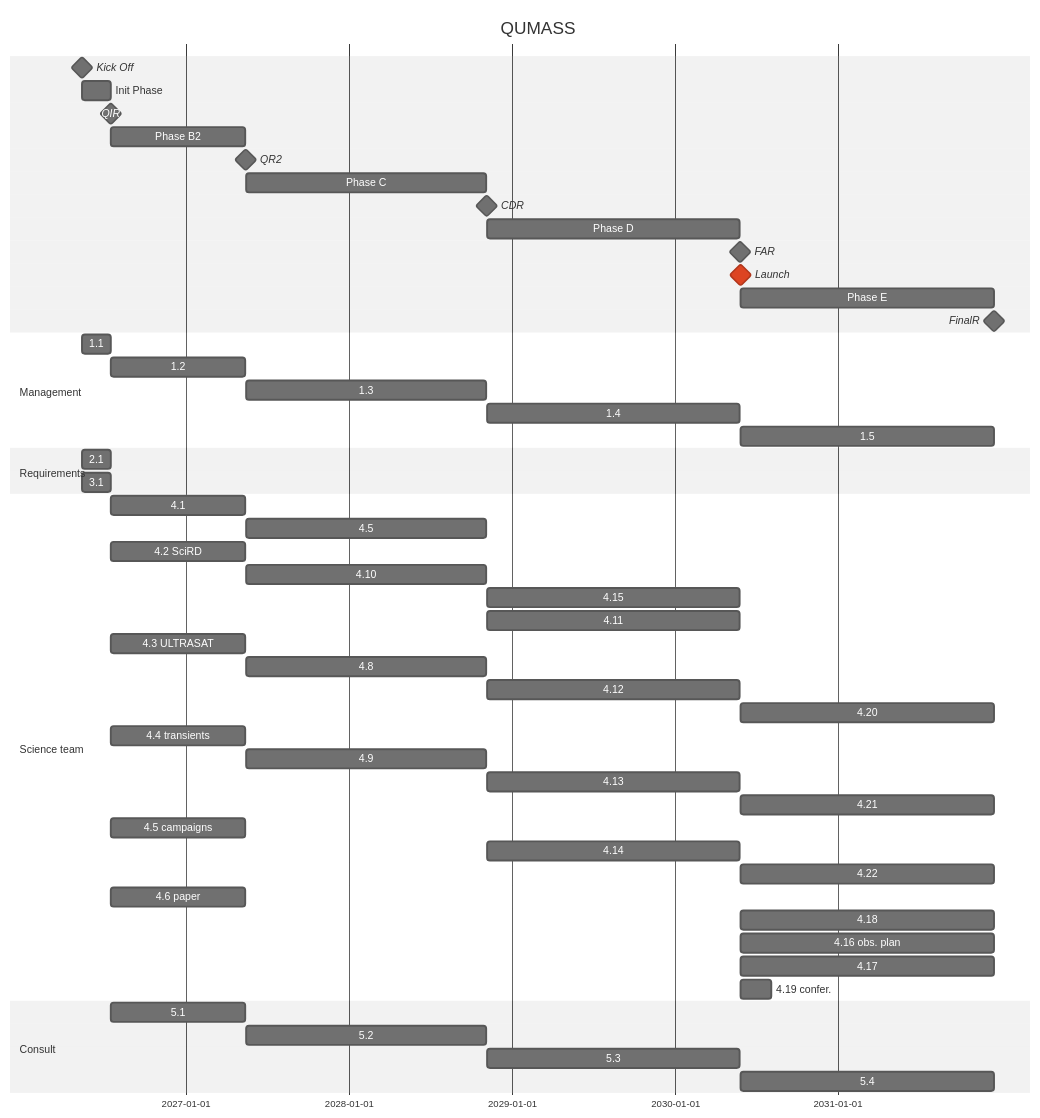
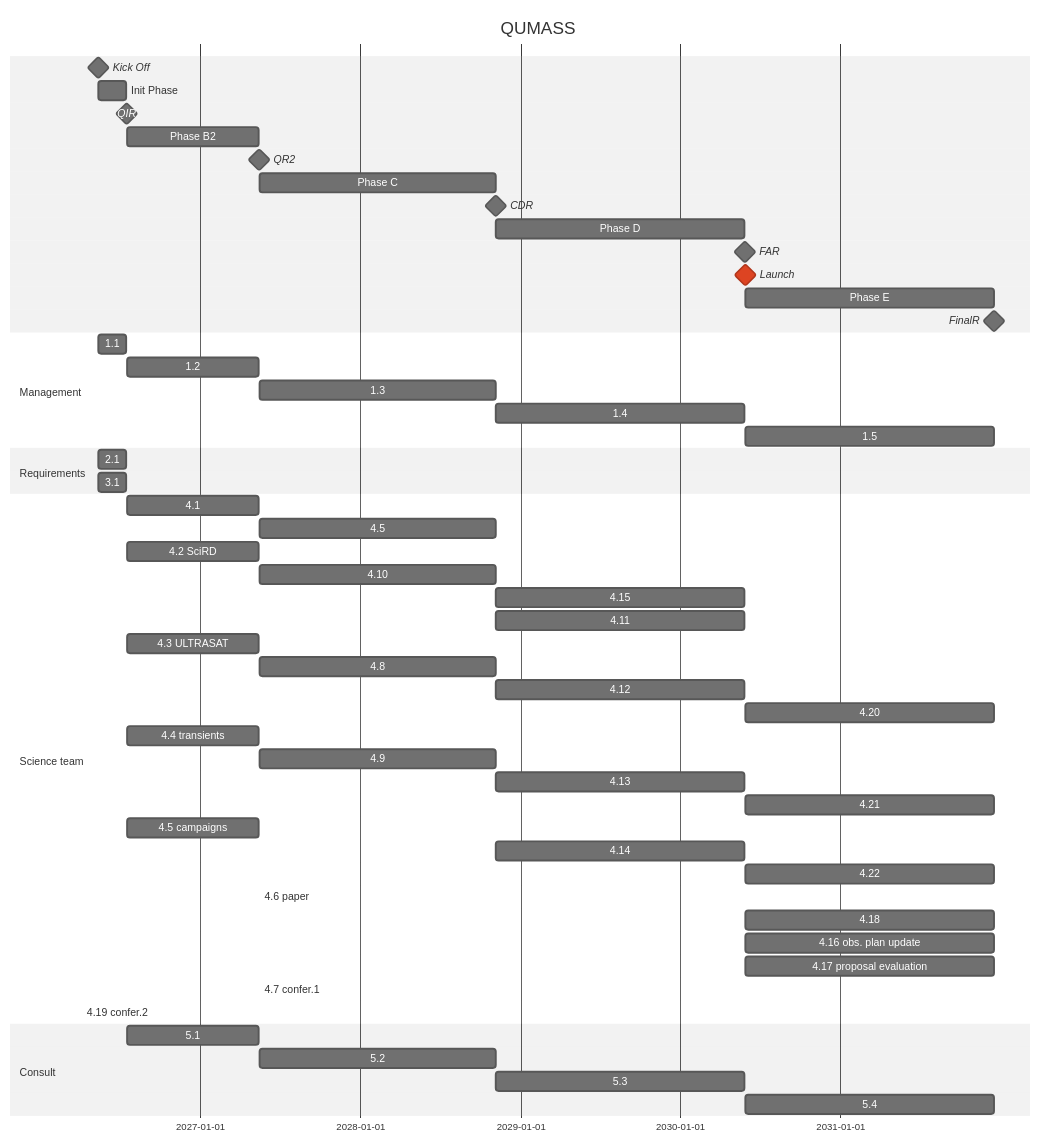
The diagram in calib/Science.md (limu007/quvik), drawn with Mermaid (neutral theme) before and after one commit.

Commit message:
Update timelines for launch and paper milestones

````diff
--- a/calib/Science.md
+++ b/calib/Science.md
@@ -1,56 +1,57 @@
 ```mermaid
 gantt
     title QUMASS
     dateFormat  YYYY-MM-DD
     Kick Off : milestone, ko, 2026-05-14, 1d
     Init Phase : b1, after ko, 9w
     QIR : milestone, ir, after b1, 1d
     Phase B2 : b2, after ir, 43w
     QR2 : milestone, pdr, after b2, 1d
     Phase C : c1, after pdr, 77w
     CDR : milestone, cdr, after c1, 1d
     Phase D : d1, after cdr, 81w
     FAR : milestone, far, after d1, 1d
-    Launch : crit, milestone, frr, after far, 1d
+    Launch : crit, milestone, frr, after far + 6m, 1d
     Phase E : e1, after far, 81w
     FinalR : milestone, fr, after e1, 1d
 
     section Management
     1.1 : after ko, until ir
     1.2 : after ir, until pdr
     1.3 : after pdr, until cdr
     1.4 : after cdr, until far
     1.5 : after far, until fr
     section Requirements
     2.1 : after ko, until ir
     3.1 : after ko, until ir
     section Science team
     4.1 : after ir, until pdr
     4.5 : after pdr, until cdr
     4.2 SciRD : after ir, until pdr
     4.10 : after pdr, until cdr
     4.15 : after cdr, until far
     4.11 : after cdr, until far
     4.3 ULTRASAT : after ir, until pdr
     4.8 : after pdr, until cdr
     4.12 : after cdr, until far
     4.20 : after far, until fr
     4.4 transients : after ir, until pdr
     4.9 : after pdr, until cdr
     4.13 : after cdr, until far
     4.21 : after far, until fr
     4.5 campaigns : after ir, until pdr
     4.14 : after cdr, until far
     4.22 : after far, until fr
-    4.6 paper : after ir, until pdr
+    4.6 paper : after pdr, 3m
     4.18 : after far, until fr
-    4.16 obs. plan : after far, until fr
-    4.17 : after far, until fr
-    4.19 confer. : after far, 10w
+    4.16 obs. plan update : after far, until fr
+    4.17 proposal evaluation : after far, until fr
+    4.7 confer.1 : after pdr, 2m
+    4.19 confer.2 : after launch, 2m
     section Consult
     5.1 : after ir, until pdr
     5.2 : after pdr, until cdr
     5.3 : after cdr, until far
     5.4 : after far, until fr
 
 ```
````
